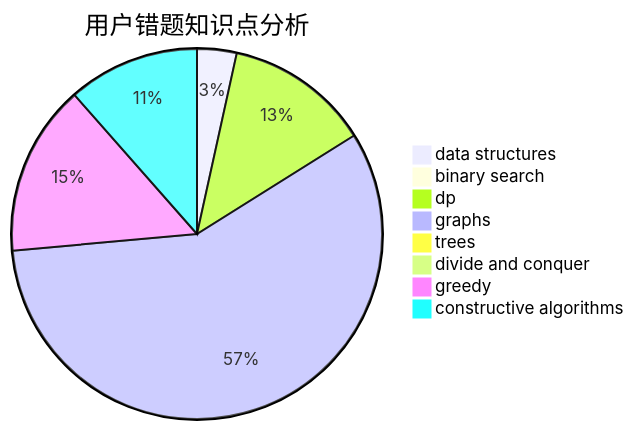
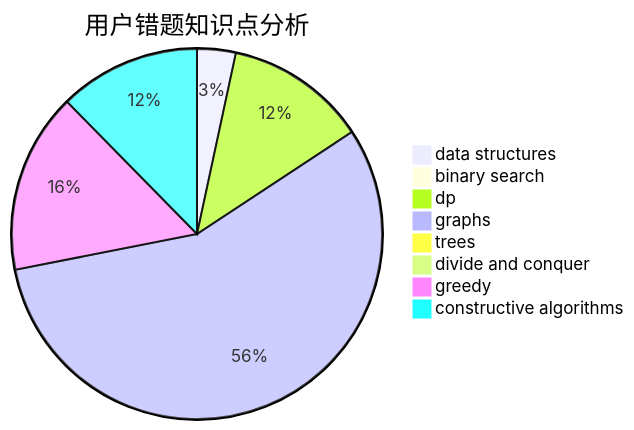
The third of 3 diagrams in docs/user/u1040.md (sherpahu/cfrs.github.io), drawn with Mermaid before and after one commit. The commit also changed other lines of this file and 2770 other files, not shown here.

````diff
--- a/docs/user/u1040.md
+++ b/docs/user/u1040.md
@@ -36,11 +36,11 @@
 ```mermaid
 pie title 用户错题知识点分析
     "data structures" :  3
     "binary search" :  0
     "dp" :  11
     "graphs" :  50
     "trees" :  0
     "divide and conquer" :  0
-    "greedy" :  13
-    "constructive algorithms" :  10
+    "greedy" :  14
+    "constructive algorithms" :  11
 ```
````
